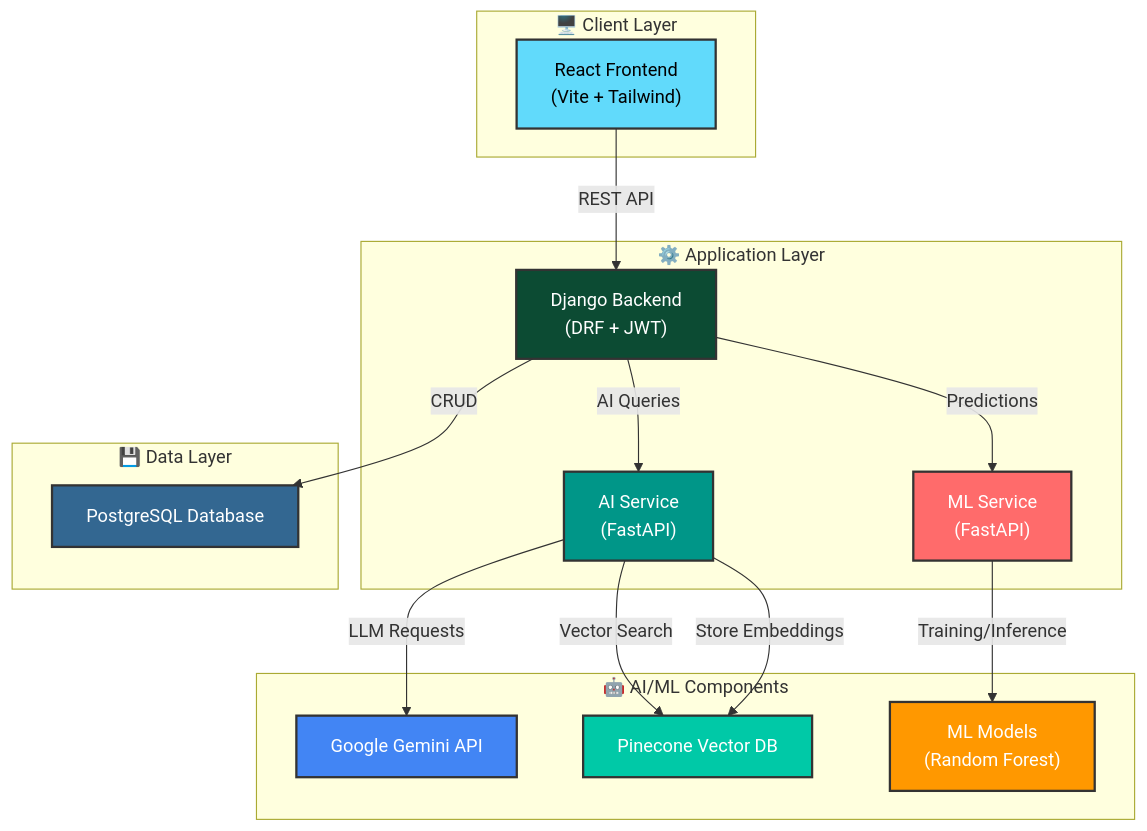
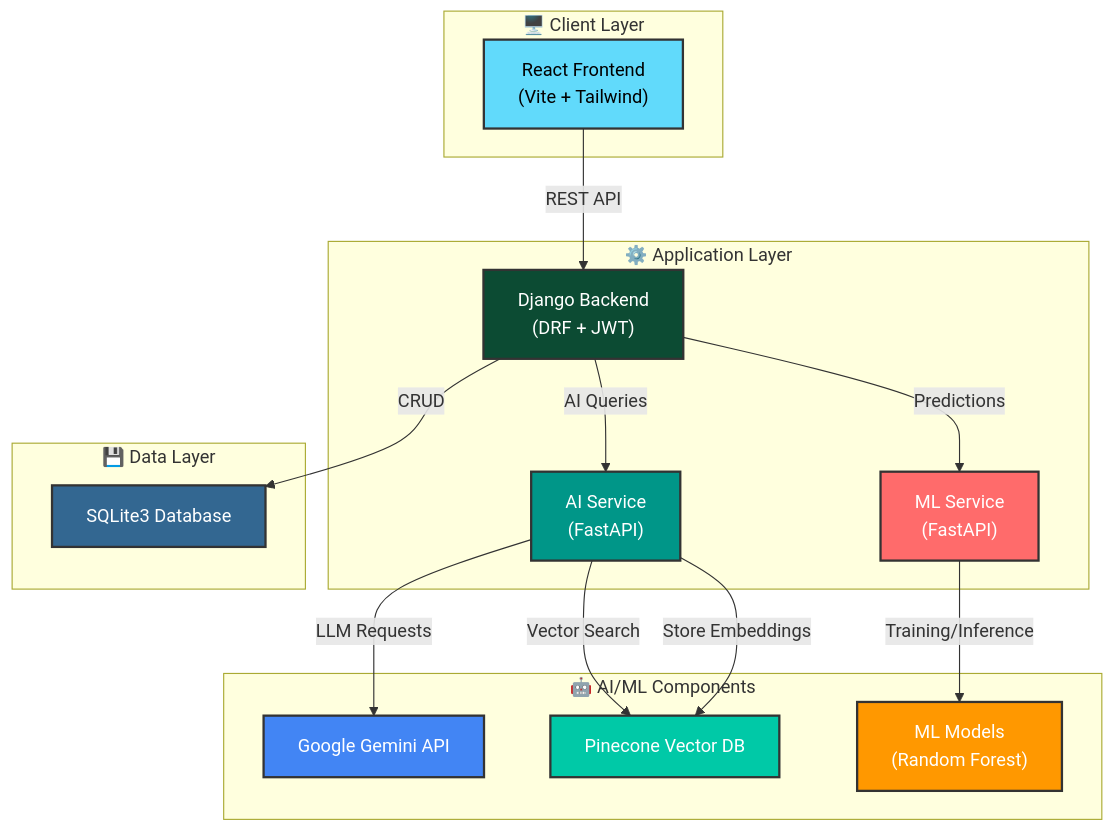
Before and after one commit to prantic-paul/SHS: the first of 2 diagrams in README.md, drawn with Mermaid. The commit also changed other lines of this file, not shown here.

First line of the commit message:
docs: Fix all PostgreSQL references to SQLite3 and add communication flow description

````diff
--- a/README.md
+++ b/README.md
@@ -108,40 +108,40 @@
 ```mermaid
 graph TB
     subgraph Client["🖥️ Client Layer"]
         React["React Frontend<br/>(Vite + Tailwind)"]
     end
     
     subgraph Application["⚙️ Application Layer"]
         Django["Django Backend<br/>(DRF + JWT)"]
         AI["AI Service<br/>(FastAPI)"]
         ML["ML Service<br/>(FastAPI)"]
     end
     
     subgraph AIComponents["🤖 AI/ML Components"]
         Gemini["Google Gemini API"]
         Pinecone["Pinecone Vector DB"]
         Models["ML Models<br/>(Random Forest)"]
     end
     
     subgraph Data["💾 Data Layer"]
-        DB["PostgreSQL Database"]
+        DB["SQLite3 Database"]
     end
     
     React -->|REST API| Django
     Django -->|AI Queries| AI
     Django -->|Predictions| ML
     AI -->|LLM Requests| Gemini
     AI -->|Vector Search| Pinecone
     ML -->|Training/Inference| Models
     Django -->|CRUD| DB
     AI -->|Store Embeddings| Pinecone
     
     style React fill:#61dafb,stroke:#333,stroke-width:2px,color:#000
     style Django fill:#0c4b33,stroke:#333,stroke-width:2px,color:#fff
     style AI fill:#009688,stroke:#333,stroke-width:2px,color:#fff
     style ML fill:#ff6b6b,stroke:#333,stroke-width:2px,color:#fff
     style DB fill:#336791,stroke:#333,stroke-width:2px,color:#fff
     style Gemini fill:#4285f4,stroke:#333,stroke-width:2px,color:#fff
     style Pinecone fill:#00c9a7,stroke:#333,stroke-width:2px,color:#fff
     style Models fill:#ff9800,stroke:#333,stroke-width:2px,color:#fff
 ```
````
